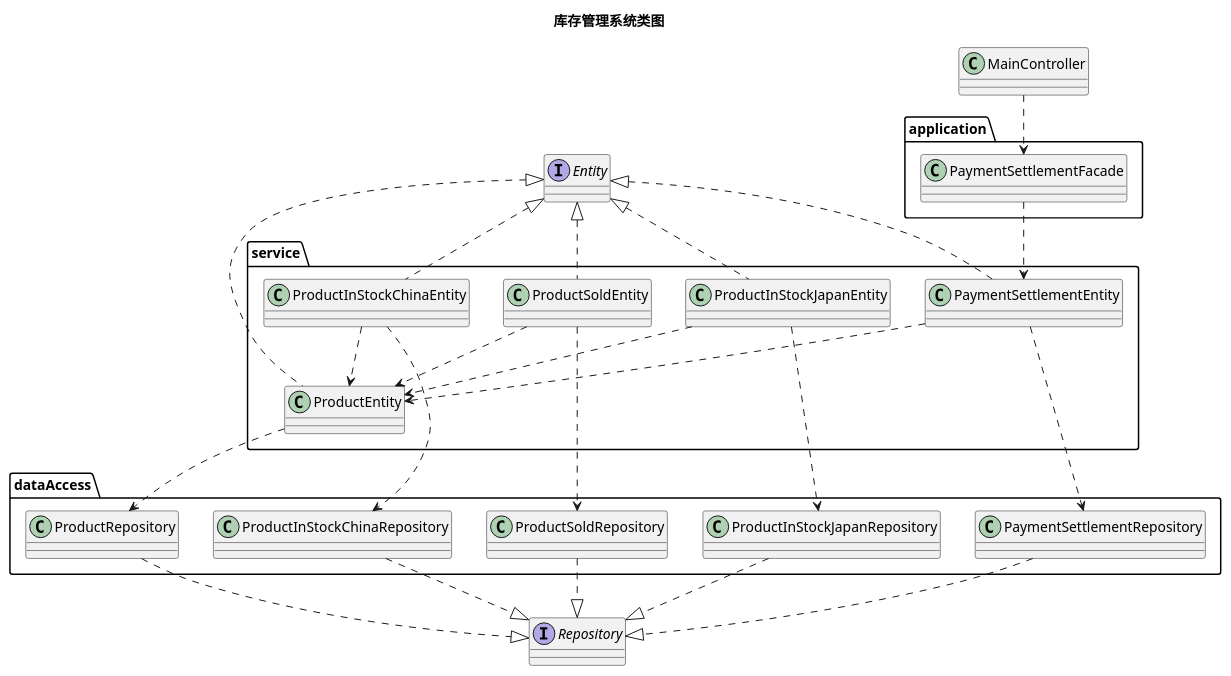
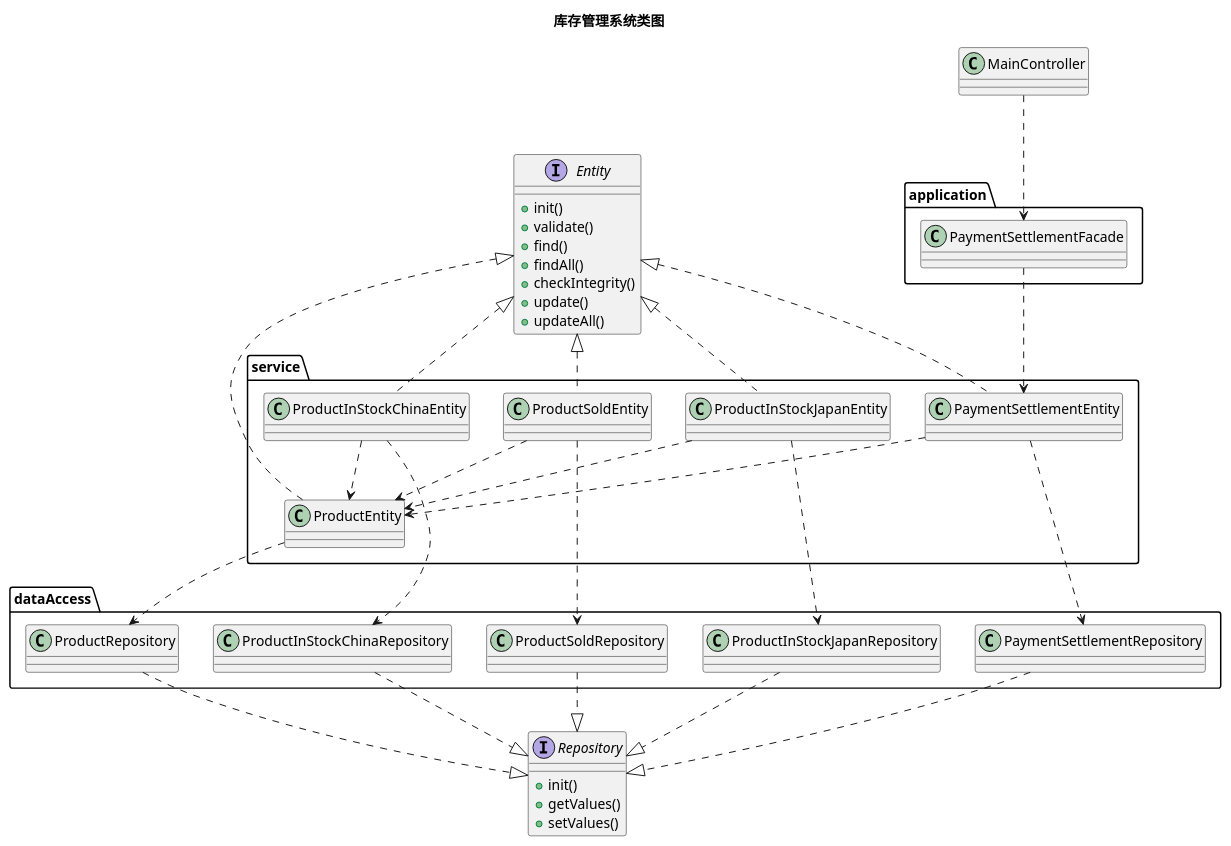
The diagram in desginDoc/resource/image/class.pu (coolboy0961/inventory-control), drawn with PlantUML before and after one commit.

Commit message:
On branch develop [add]クラス図追加

```diff
--- a/desginDoc/resource/image/class.pu
+++ b/desginDoc/resource/image/class.pu
@@ -1,51 +1,63 @@
 @startuml
 title 库存管理系统类图
 
-  interface Entity
-  interface Repository
+  interface Entity{
+    + init()
+    + validate()
+    + find()
+    + findAll()
+    + checkIntegrity()
+    + update()
+    + updateAll()
+  }
+  interface Repository{
+    + init()
+    + getValues()
+    + setValues()
+  }
 
 class MainController
 
 package application{
   class PaymentSettlementFacade
 }
 package dataAccess{
   class ProductRepository
   class ProductInStockJapanRepository
   class ProductInStockChinaRepository
   class ProductSoldRepository
   class PaymentSettlementRepository
 }
 package service{
   class ProductEntity
   class ProductInStockJapanEntity
   class ProductInStockChinaEntity
   class ProductSoldEntity
   class PaymentSettlementEntity
 }
 
 ProductEntity -.up|> Entity
 ProductInStockJapanEntity -.up|> Entity
 ProductInStockChinaEntity -.up|> Entity
 ProductSoldEntity -.up|> Entity
 PaymentSettlementEntity -.up|> Entity
 
 ProductRepository -.|> Repository
 ProductInStockJapanRepository -.|> Repository
 ProductInStockChinaRepository -.|> Repository
 ProductSoldRepository -.|> Repository
 PaymentSettlementRepository -.|> Repository
 
 MainController -.> PaymentSettlementFacade
 PaymentSettlementFacade -.> PaymentSettlementEntity
 PaymentSettlementEntity -.> PaymentSettlementRepository
 PaymentSettlementEntity -.> ProductEntity
 ProductEntity -.> ProductRepository
 ProductInStockJapanEntity -.> ProductInStockJapanRepository
 ProductInStockJapanEntity -.> ProductEntity
 ProductInStockChinaEntity -.> ProductInStockChinaRepository
 ProductInStockChinaEntity -.> ProductEntity
 ProductSoldEntity -.> ProductSoldRepository
 ProductSoldEntity -.> ProductEntity
 
 @enduml
```
